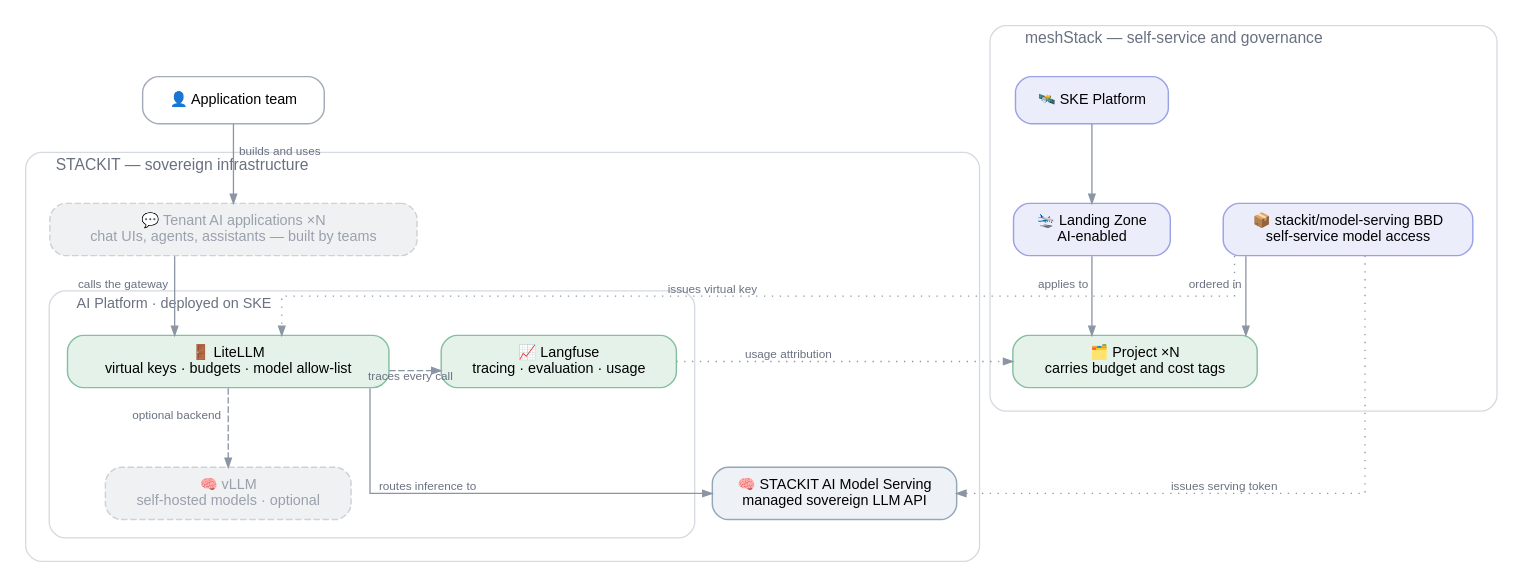
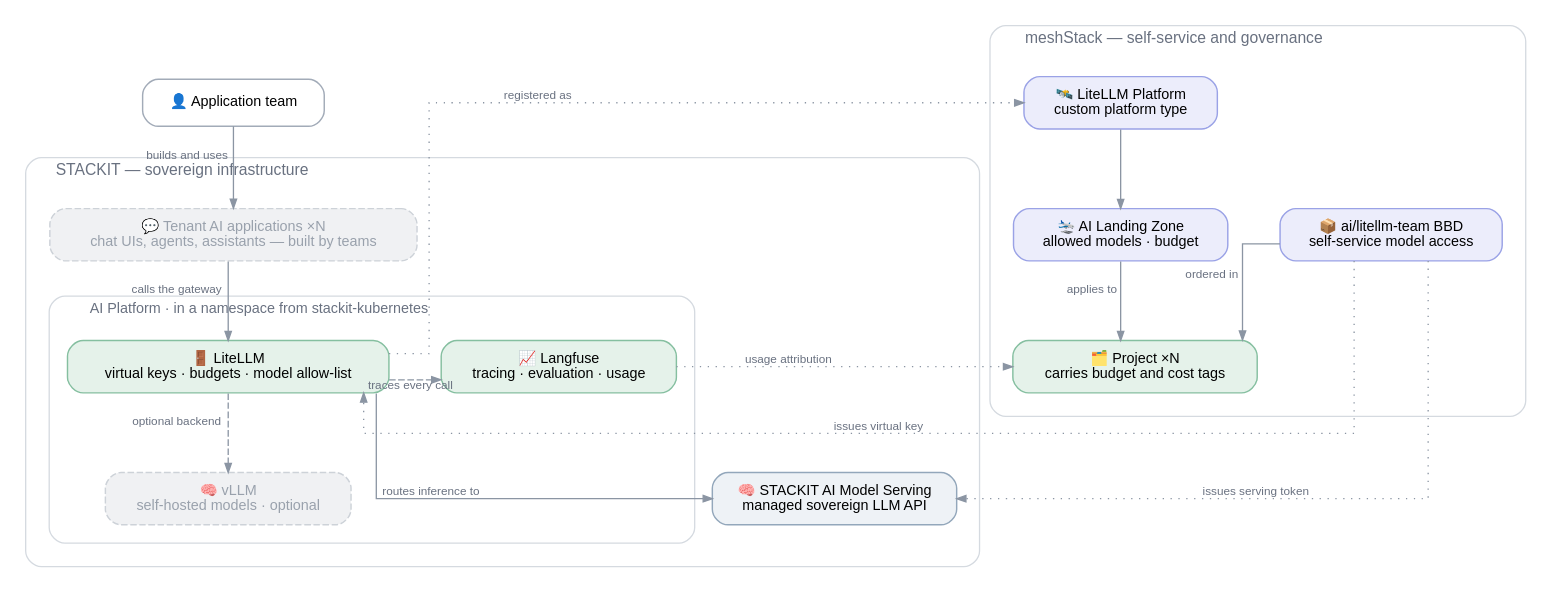
Before and after one commit to meshcloud/meshstack-hub: the diagram in reference-architectures/ai-platform/ai-platform.dot, drawn with Graphviz. The commit also changed 5 other files, not shown here.

```diff
--- a/reference-architectures/ai-platform/ai-platform.dot
+++ b/reference-architectures/ai-platform/ai-platform.dot
@@ -1,76 +1,77 @@
 /*
  * AI Platform reference architecture — the STACKIT implementation.
  * Conventions: .agents/references/diagrams.md — render with: task diagrams
  */
 digraph ai_platform {
   rankdir=TB
   splines=ortho
   forcelabels=true
   bgcolor="white"
   nodesep=0.55
   ranksep=0.85
 
   node [shape=box style="rounded,filled" fontname="Helvetica" fontsize=11
         fillcolor="#ffffff" color="#a2abb8" penwidth=1.1 margin="0.20,0.11"]
   edge [fontname="Helvetica" fontsize=9 fontcolor="#697180" color="#8b95a3" arrowsize=0.7]
 
   USER [label="👤 Application team" fillcolor="#ffffff" color="#a2abb8"]
 
   subgraph cluster_stackit {
     label="  STACKIT — sovereign infrastructure"
     labeljust=l
     fontname="Helvetica" fontsize=12 fontcolor="#697180"
     style="rounded" color="#d5dae0"
     margin=18
 
     subgraph cluster_stack {
-      label="  AI Platform · deployed on SKE"
+      label="  AI Platform · in a namespace from stackit-kubernetes"
       labeljust=l
       fontname="Helvetica" fontsize=11 fontcolor="#697180"
       style="rounded" color="#d5dae0"
       margin=14
 
       LITELLM  [label="🚪 LiteLLM\nvirtual keys · budgets · model allow-list" fillcolor="#e5f2ea" color="#85bfa0"]
       LANGFUSE [label="📈 Langfuse\ntracing · evaluation · usage" fillcolor="#e5f2ea" color="#85bfa0"]
       VLLM     [label="🧠 vLLM\nself-hosted models · optional"
                 fillcolor="#f0f1f3" color="#cdd2d8" fontcolor="#99a1ac" style="rounded,filled,dashed"]
 
       { rank=same; LITELLM -> LANGFUSE [style=invis] }
 
       LITELLM -> LANGFUSE [xlabel="traces every call" style=dashed constraint=false]
       LITELLM -> VLLM     [xlabel="optional backend" style=dashed]
     }
 
     APPS [label="💬 Tenant AI applications ×N\nchat UIs, agents, assistants — built by teams"
           fillcolor="#f0f1f3" color="#cdd2d8" fontcolor="#99a1ac" style="rounded,filled,dashed"]
 
     MODEL [label="🧠 STACKIT AI Model Serving\nmanaged sovereign LLM API" fillcolor="#eef2f6" color="#93a7bb"]
 
     APPS    -> LITELLM [xlabel="calls the gateway"]
     LITELLM -> MODEL   [xlabel="routes inference to"]
   }
 
   subgraph cluster_mesh {
     label="  meshStack — self-service and governance"
     labeljust=l
     fontname="Helvetica" fontsize=12 fontcolor="#697180"
     style="rounded" color="#d5dae0"
     margin=18
 
-    PLAT  [label="🛰️ SKE Platform" fillcolor="#ecedfb" color="#9aa2e6"]
-    LZ    [label="🛬 Landing Zone\nAI-enabled" fillcolor="#ecedfb" color="#9aa2e6"]
-    BBD_M [label="📦 stackit/model-serving BBD\nself-service model access" fillcolor="#ecedfb" color="#9aa2e6"]
+    PLAT  [label="🛰️ LiteLLM Platform\ncustom platform type" fillcolor="#ecedfb" color="#9aa2e6"]
+    LZ    [label="🛬 AI Landing Zone\nallowed models · budget" fillcolor="#ecedfb" color="#9aa2e6"]
+    BBD_M [label="📦 ai/litellm-team BBD\nself-service model access" fillcolor="#ecedfb" color="#9aa2e6"]
     PROJ  [label="🗂️ Project ×N\ncarries budget and cost tags" fillcolor="#e5f2ea" color="#85bfa0"]
 
     { rank=same; LZ -> BBD_M [style=invis] }
 
     PLAT  -> LZ
     LZ    -> PROJ  [xlabel="applies to"]
     BBD_M -> PROJ  [xlabel="ordered in" constraint=false]
   }
 
   USER  -> APPS     [xlabel="builds and uses"]
+  LITELLM -> PLAT   [xlabel="registered as" style=dotted constraint=false]
   BBD_M -> LITELLM  [xlabel="issues virtual key" style=dotted constraint=false]
   BBD_M -> MODEL    [xlabel="issues serving token" style=dotted constraint=false]
   LANGFUSE -> PROJ  [xlabel="usage attribution" style=dotted constraint=false]
 }
```
